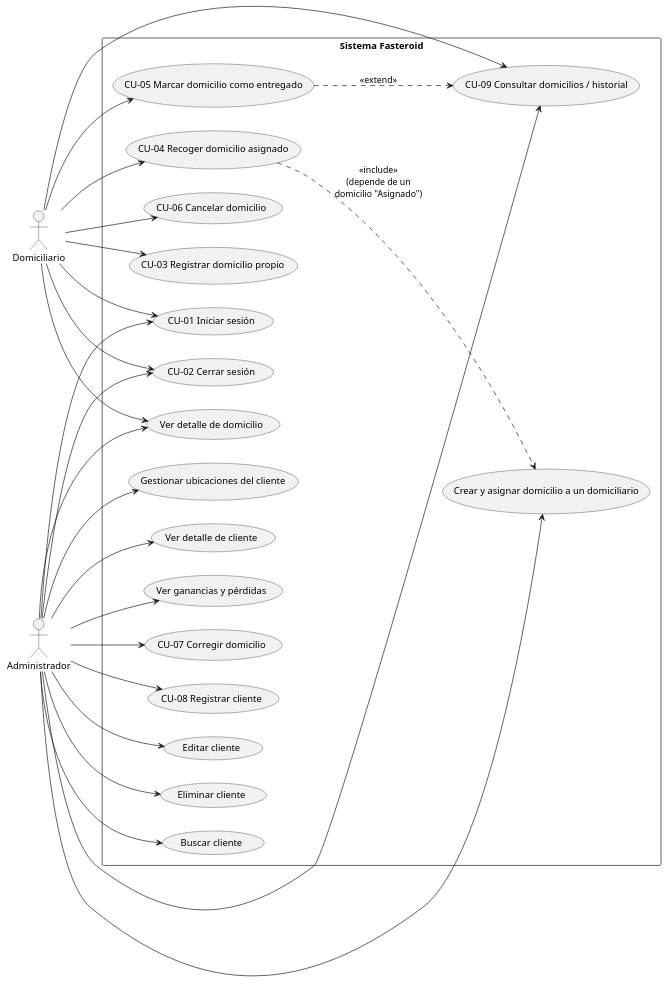
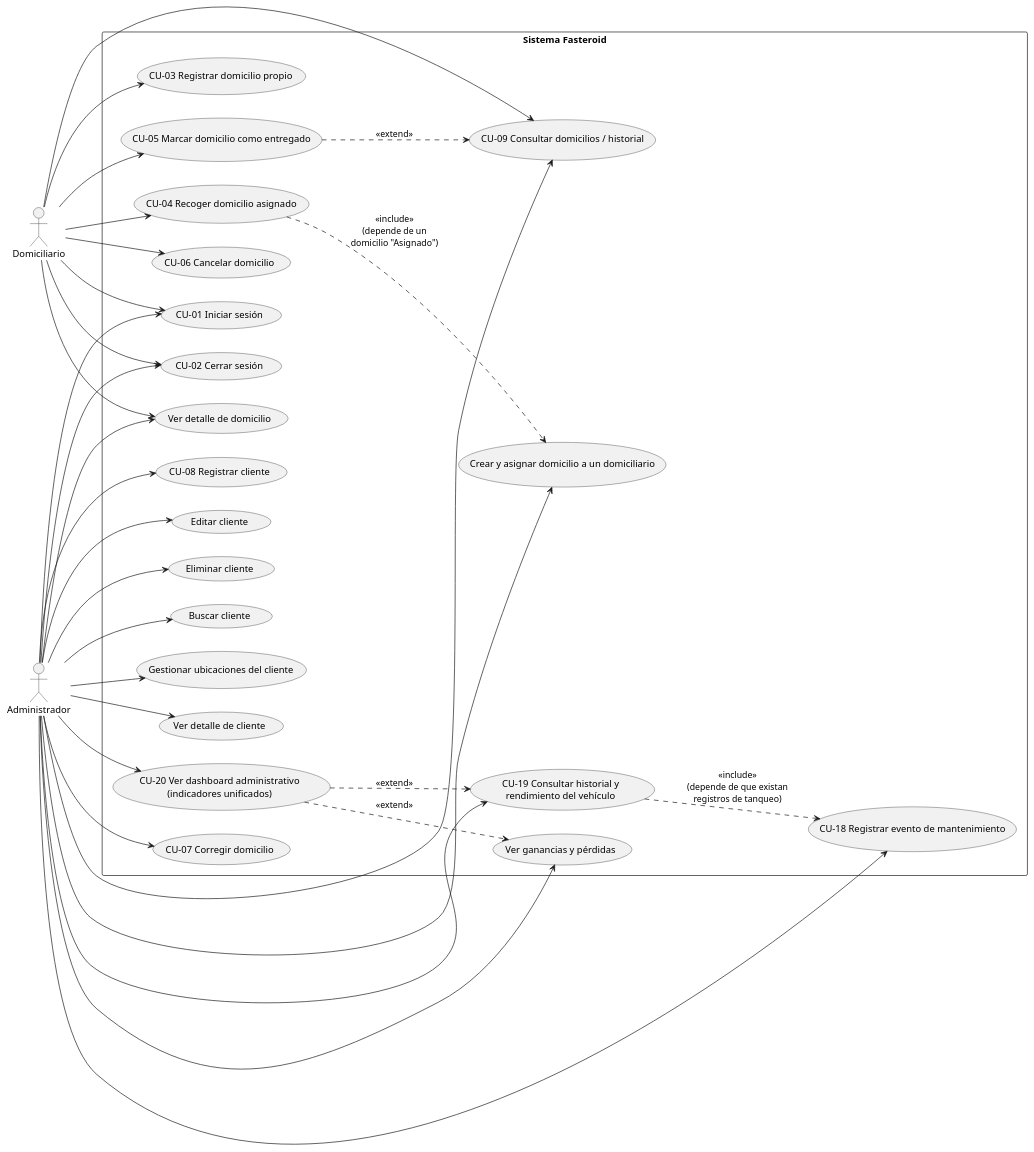
One commit to ggmcarlosortega-hub/FastAsteroid changed the second of 8 diagrams in aplicativos.md. Above: the diagram before and after it, drawn with PlantUML. The commit also changed other lines of this file and 1 other file, not shown here.

First line of the commit message:
Documentación: casos de uso de mantenimiento, dashboard unificado y runbook operativo

````diff
--- a/aplicativos.md
+++ b/aplicativos.md
@@ -365,55 +371,64 @@
 ```plantuml
 @startuml casos-de-uso-fasteroid
 left to right direction
 skinparam packageStyle rectangle
 
 actor Domiciliario as D
 actor Administrador as A
 
 rectangle "Sistema Fasteroid" {
   usecase "CU-01 Iniciar sesión" as UC1
   usecase "CU-02 Cerrar sesión" as UC2
   usecase "CU-03 Registrar domicilio propio" as UC3
   usecase "CU-04 Recoger domicilio asignado" as UC4
   usecase "CU-05 Marcar domicilio como entregado" as UC5
   usecase "CU-06 Cancelar domicilio" as UC6
   usecase "CU-07 Corregir domicilio" as UC7
   usecase "CU-08 Registrar cliente" as UC8
   usecase "CU-09 Consultar domicilios / historial" as UC9
   usecase "Editar cliente" as UC10
   usecase "Eliminar cliente" as UC11
   usecase "Buscar cliente" as UC12
   usecase "Gestionar ubicaciones del cliente" as UC13
   usecase "Crear y asignar domicilio a un domiciliario" as UC14
   usecase "Ver detalle de domicilio" as UC15
   usecase "Ver detalle de cliente" as UC16
   usecase "Ver ganancias y pérdidas" as UC17
+  usecase "CU-18 Registrar evento de mantenimiento" as UC18
+  usecase "CU-19 Consultar historial y\nrendimiento del vehículo" as UC19
+  usecase "CU-20 Ver dashboard administrativo\n(indicadores unificados)" as UC20
 }
 
 D --> UC1
 D --> UC2
 D --> UC3
 D --> UC4
 D --> UC5
 D --> UC6
 D --> UC9
 D --> UC15
 
 A --> UC1
 A --> UC2
 A --> UC7
 A --> UC8
 A --> UC9
 A --> UC10
 A --> UC11
 A --> UC12
 A --> UC13
 A --> UC14
 A --> UC15
 A --> UC16
 A --> UC17
+A --> UC18
+A --> UC19
+A --> UC20
 
 UC5 ..> UC9 : <<extend>>
 UC4 .down.> UC14 : <<include>>\n(depende de un\ndomicilio "Asignado")
+UC19 .down.> UC18 : <<include>>\n(depende de que existan\nregistros de tanqueo)
+UC20 ..> UC17 : <<extend>>
+UC20 ..> UC19 : <<extend>>
 @enduml
 ```
````
